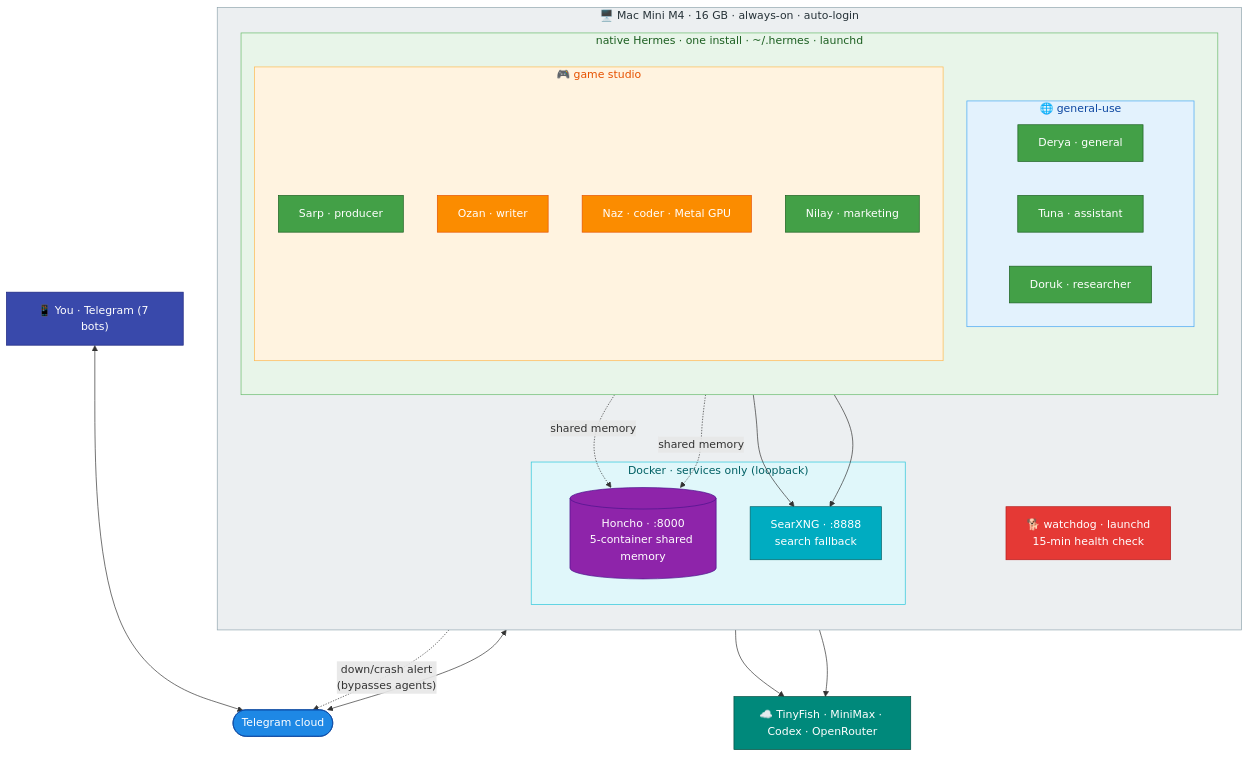
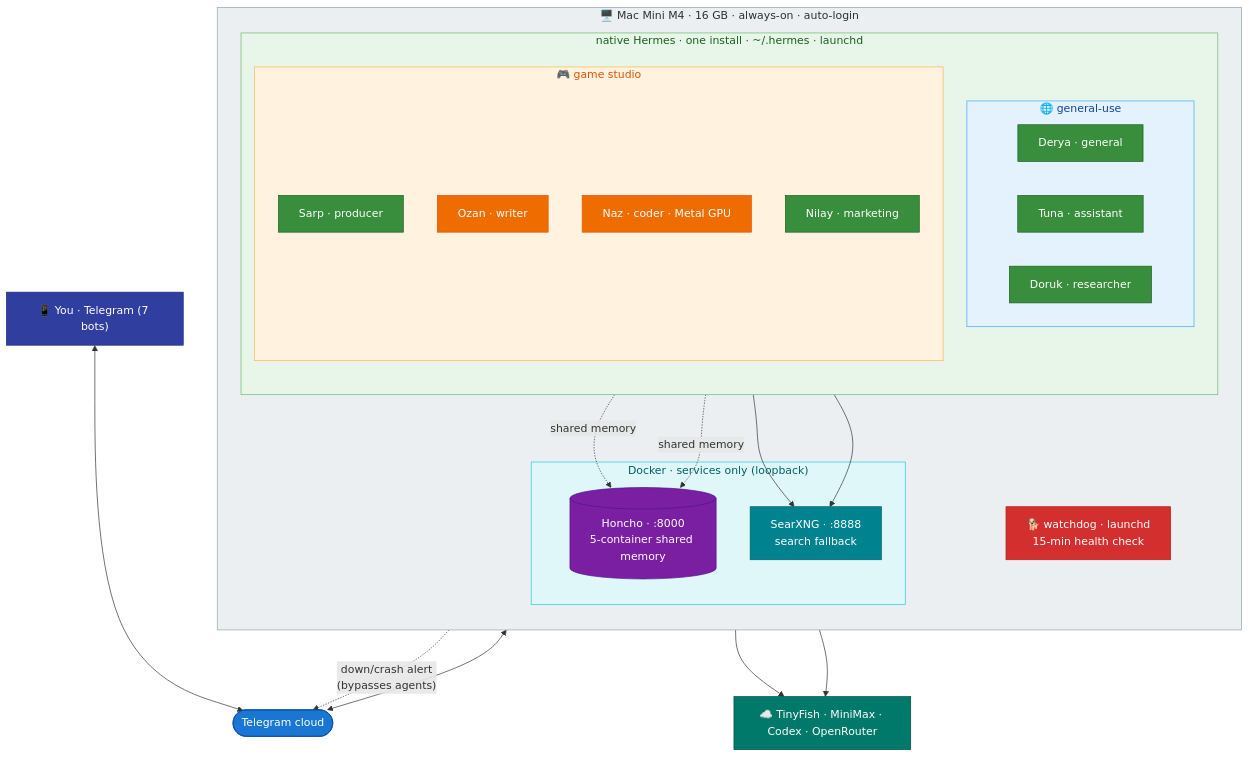
The first of 5 diagrams in README.md (mpolatcan/hermes-setup), drawn with Mermaid before and after one commit. The commit also changed other lines of this file and 9 other files, not shown here.

First line of the commit message:
docs: unify mermaid palette to Material Design (legible contrast)

````diff
--- a/README.md
+++ b/README.md
@@ -13,53 +13,53 @@
 ```mermaid
 flowchart TB
     you["📱 You · Telegram (7 bots)"]:::user
     you <--> tg(["Telegram cloud"]):::net
 
     subgraph mini["🖥️ Mac Mini M4 · 16 GB · always-on · auto-login"]
         direction TB
         subgraph hermes["native Hermes · one install · ~/.hermes · launchd"]
             direction TB
             subgraph gen["🌐 general-use"]
                 Derya["Derya · general"]:::mini
                 Tuna["Tuna · assistant"]:::mini
                 Doruk["Doruk · researcher"]:::mini
             end
             subgraph studio["🎮 game studio"]
                 Sarp["Sarp · producer"]:::mini
                 Ozan["Ozan · writer"]:::codex
                 Naz["Naz · coder · Metal GPU"]:::codex
                 Nilay["Nilay · marketing"]:::mini
             end
         end
         wd["🐕 watchdog · launchd<br/>15-min health check"]:::wd
         subgraph svc["Docker · services only (loopback)"]
             Honcho[("Honcho · :8000<br/>5-container shared memory")]:::infra
             SearXNG["SearXNG · :8888<br/>search fallback"]:::svc
         end
     end
 
     tg <--> hermes
     gen -. shared memory .-> Honcho
     studio -. shared memory .-> Honcho
     gen --> SearXNG
     Nilay --> SearXNG
     wd -. "down/crash alert<br/>(bypasses agents)" .-> tg
 
     ext["☁️ TinyFish · MiniMax · Codex · OpenRouter"]:::ext
     hermes --> ext
     Honcho --> ext
 
-    classDef user fill:#3949AB,stroke:#1A237E,color:#fff
-    classDef net fill:#1E88E5,stroke:#0D47A1,color:#fff
-    classDef mini fill:#43A047,stroke:#1B5E20,color:#fff
-    classDef codex fill:#FB8C00,stroke:#E65100,color:#fff
-    classDef infra fill:#8E24AA,stroke:#4A148C,color:#fff
-    classDef svc fill:#00ACC1,stroke:#006064,color:#fff
-    classDef ext fill:#00897B,stroke:#004D40,color:#fff
-    classDef wd fill:#E53935,stroke:#B71C1C,color:#fff
+    classDef user fill:#303F9F,stroke:#1A237E,color:#fff
+    classDef net fill:#1976D2,stroke:#0D47A1,color:#fff
+    classDef mini fill:#388E3C,stroke:#1B5E20,color:#fff
+    classDef codex fill:#EF6C00,stroke:#E65100,color:#fff
+    classDef infra fill:#7B1FA2,stroke:#4A148C,color:#fff
+    classDef svc fill:#00838F,stroke:#006064,color:#fff
+    classDef ext fill:#00796B,stroke:#004D40,color:#fff
+    classDef wd fill:#D32F2F,stroke:#B71C1C,color:#fff
     style mini fill:#ECEFF1,stroke:#90A4AE,color:#263238
     style hermes fill:#E8F5E9,stroke:#66BB6A,color:#1B5E20
     style gen fill:#E3F2FD,stroke:#42A5F5,color:#0D47A1
     style studio fill:#FFF3E0,stroke:#FFB74D,color:#E65100
     style svc fill:#E0F7FA,stroke:#26C6DA,color:#006064
 ```
````
